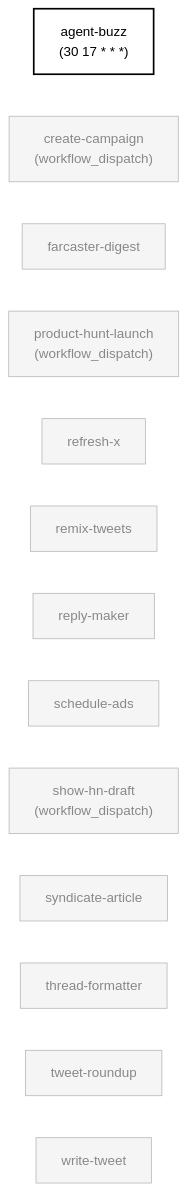
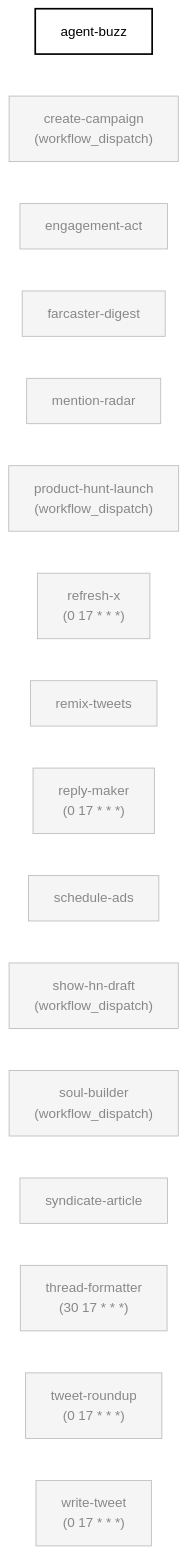
The sixth of 7 diagrams in docs/skill-graph.md (anajuliabit/aeon), drawn with Mermaid before and after one commit. The commit also changed other lines of this file and 2 other files, not shown here.

First line of the commit message:
docs(skill-graph): regenerate map (NEW_SKILLS: +68 | ENABLED_DELTA: -2 | DEPENDS_ON: 4->5 | SHARED_STATE: 9->36)

````diff
--- a/docs/skill-graph.md
+++ b/docs/skill-graph.md
@@ -451,45 +505,54 @@
 ```mermaid
 flowchart LR
-  agent_buzz["agent-buzz<br/>(30 17 * * *)"]
+  agent_buzz["agent-buzz"]
+  click agent_buzz "../skills/agent-buzz/SKILL.md"
   create_campaign["create-campaign<br/>(workflow_dispatch)"]
+  click create_campaign "../skills/create-campaign/SKILL.md"
+  engagement_act["engagement-act"]
+  click engagement_act "../skills/engagement-act/SKILL.md"
   farcaster_digest["farcaster-digest"]
+  click farcaster_digest "../skills/farcaster-digest/SKILL.md"
+  mention_radar["mention-radar"]
+  click mention_radar "../skills/mention-radar/SKILL.md"
   product_hunt_launch["product-hunt-launch<br/>(workflow_dispatch)"]
-  refresh_x["refresh-x"]
+  click product_hunt_launch "../skills/product-hunt-launch/SKILL.md"
+  refresh_x["refresh-x<br/>(0 17 * * *)"]
+  click refresh_x "../skills/refresh-x/SKILL.md"
   remix_tweets["remix-tweets"]
-  reply_maker["reply-maker"]
+  click remix_tweets "../skills/remix-tweets/SKILL.md"
+  reply_maker["reply-maker<br/>(0 17 * * *)"]
+  click reply_maker "../skills/reply-maker/SKILL.md"
   schedule_ads["schedule-ads"]
+  click schedule_ads "../skills/schedule-ads/SKILL.md"
   show_hn_draft["show-hn-draft<br/>(workflow_dispatch)"]
+  click show_hn_draft "../skills/show-hn-draft/SKILL.md"
+  soul_builder["soul-builder<br/>(workflow_dispatch)"]
+  click soul_builder "../skills/soul-builder/SKILL.md"
   syndicate_article["syndicate-article"]
-  thread_formatter["thread-formatter"]
-  tweet_roundup["tweet-roundup"]
-  write_tweet["write-tweet"]
+  click syndicate_article "../skills/syndicate-article/SKILL.md"
+  thread_formatter["thread-formatter<br/>(30 17 * * *)"]
+  click thread_formatter "../skills/thread-formatter/SKILL.md"
+  tweet_roundup["tweet-roundup<br/>(0 17 * * *)"]
+  click tweet_roundup "../skills/tweet-roundup/SKILL.md"
+  write_tweet["write-tweet<br/>(0 17 * * *)"]
+  click write_tweet "../skills/write-tweet/SKILL.md"
   class agent_buzz enabled
-  click agent_buzz "../skills/agent-buzz/SKILL.md"
   class create_campaign disabled
-  click create_campaign "../skills/create-campaign/SKILL.md"
+  class engagement_act disabled
   class farcaster_digest disabled
-  click farcaster_digest "../skills/farcaster-digest/SKILL.md"
+  class mention_radar disabled
   class product_hunt_launch disabled
-  click product_hunt_launch "../skills/product-hunt-launch/SKILL.md"
   class refresh_x disabled
-  click refresh_x "../skills/refresh-x/SKILL.md"
   class remix_tweets disabled
-  click remix_tweets "../skills/remix-tweets/SKILL.md"
   class reply_maker disabled
-  click reply_maker "../skills/reply-maker/SKILL.md"
   class schedule_ads disabled
-  click schedule_ads "../skills/schedule-ads/SKILL.md"
   class show_hn_draft disabled
-  click show_hn_draft "../skills/show-hn-draft/SKILL.md"
+  class soul_builder disabled
   class syndicate_article disabled
-  click syndicate_article "../skills/syndicate-article/SKILL.md"
   class thread_formatter disabled
-  click thread_formatter "../skills/thread-formatter/SKILL.md"
   class tweet_roundup disabled
-  click tweet_roundup "../skills/tweet-roundup/SKILL.md"
   class write_tweet disabled
-  click write_tweet "../skills/write-tweet/SKILL.md"
   classDef enabled fill:#fff,stroke:#000,stroke-width:2px,color:#000
   classDef disabled fill:#f5f5f5,stroke:#bbb,color:#888
   classDef external fill:none,stroke:#bbb,stroke-dasharray:3 3,color:#888
 ```
````
